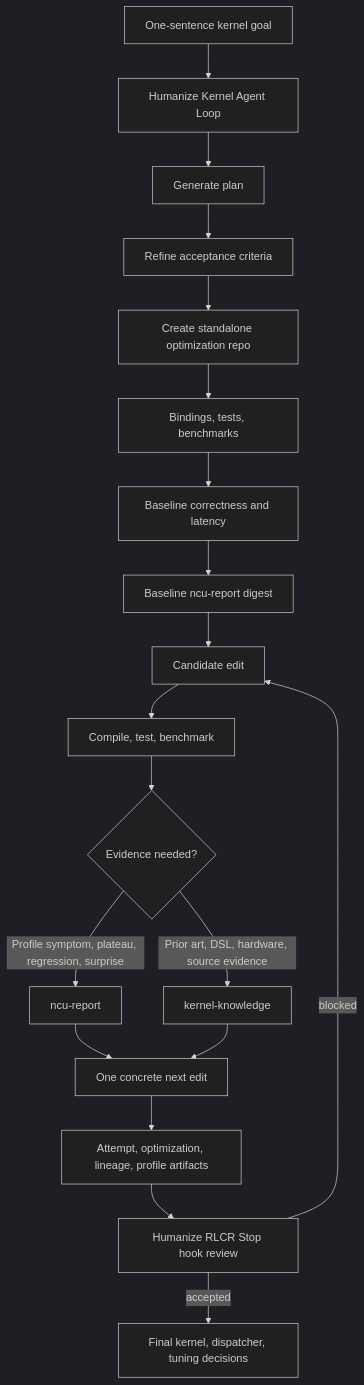
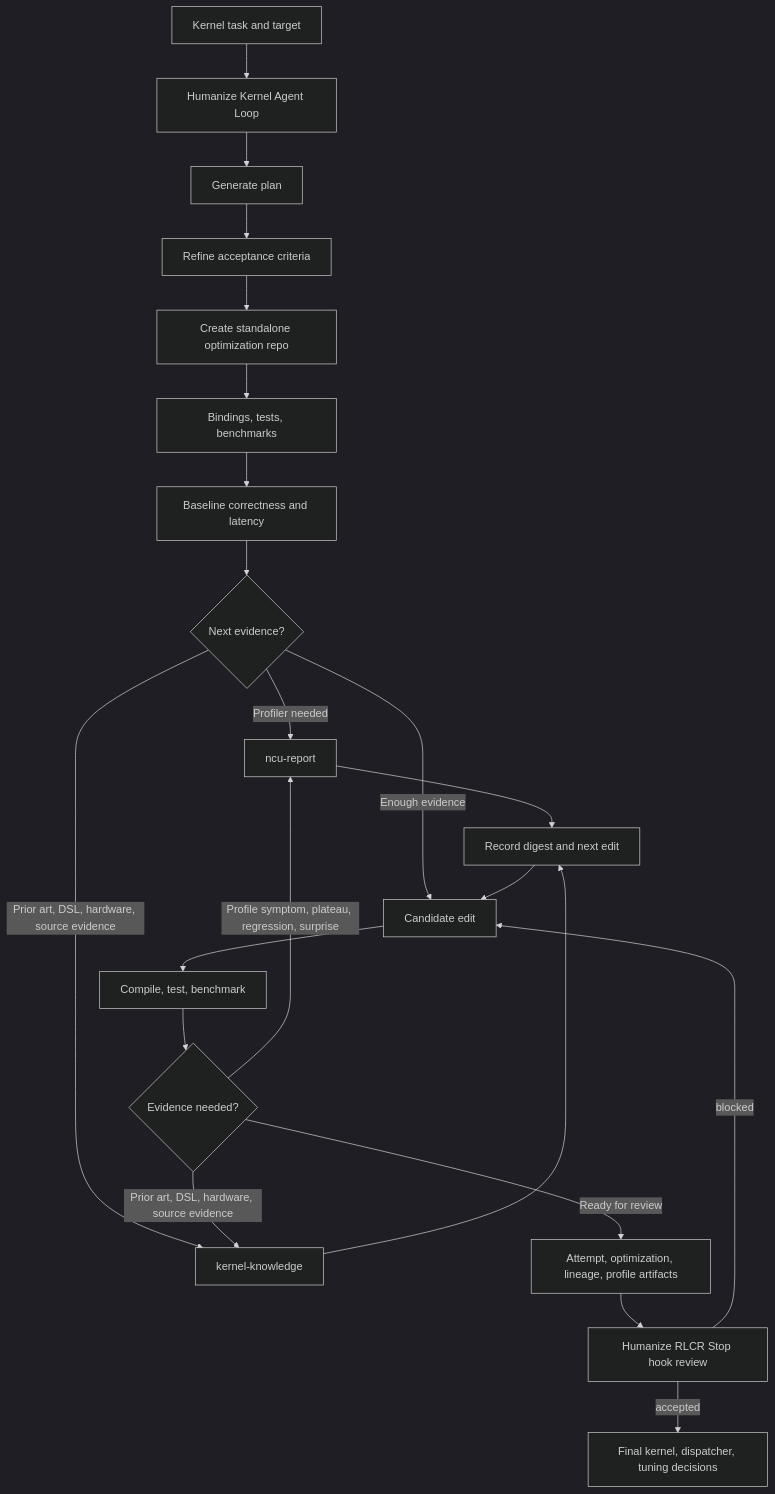
One commit to BBuf/kernel-pilot changed the diagram in README.md. Above: the diagram before and after it, drawn with Mermaid (dark theme). The commit also changed other lines of this file, not shown here.

Commit message:
Document autonomous kernel loop flow

````diff
--- a/README.md
+++ b/README.md
@@ -63,21 +64,24 @@
 ```mermaid
 flowchart TD
-    A[One-sentence kernel goal] --> B[Humanize Kernel Agent Loop]
+    A[Kernel task and target] --> B[Humanize Kernel Agent Loop]
     B --> C[Generate plan]
     C --> D[Refine acceptance criteria]
     D --> E[Create standalone optimization repo]
     E --> F[Bindings, tests, benchmarks]
     F --> G[Baseline correctness and latency]
-    G --> H[Baseline ncu-report digest]
-    H --> I[Candidate edit]
+    G --> H{Next evidence?}
+    H -->|Profiler needed| L[ncu-report]
+    H -->|Prior art, DSL, hardware, source evidence| M[kernel-knowledge]
+    H -->|Enough evidence| I[Candidate edit]
     I --> J[Compile, test, benchmark]
     J --> K{Evidence needed?}
     K -->|Profile symptom, plateau, regression, surprise| L[ncu-report]
     K -->|Prior art, DSL, hardware, source evidence| M[kernel-knowledge]
-    L --> N[One concrete next edit]
+    K -->|Ready for review| O[Attempt, optimization, lineage, profile artifacts]
+    L --> N[Record digest and next edit]
     M --> N
-    N --> O[Attempt, optimization, lineage, profile artifacts]
+    N --> I
     O --> P[Humanize RLCR Stop hook review]
     P -->|blocked| I
     P -->|accepted| Q[Final kernel, dispatcher, tuning decisions]
 ```
````
